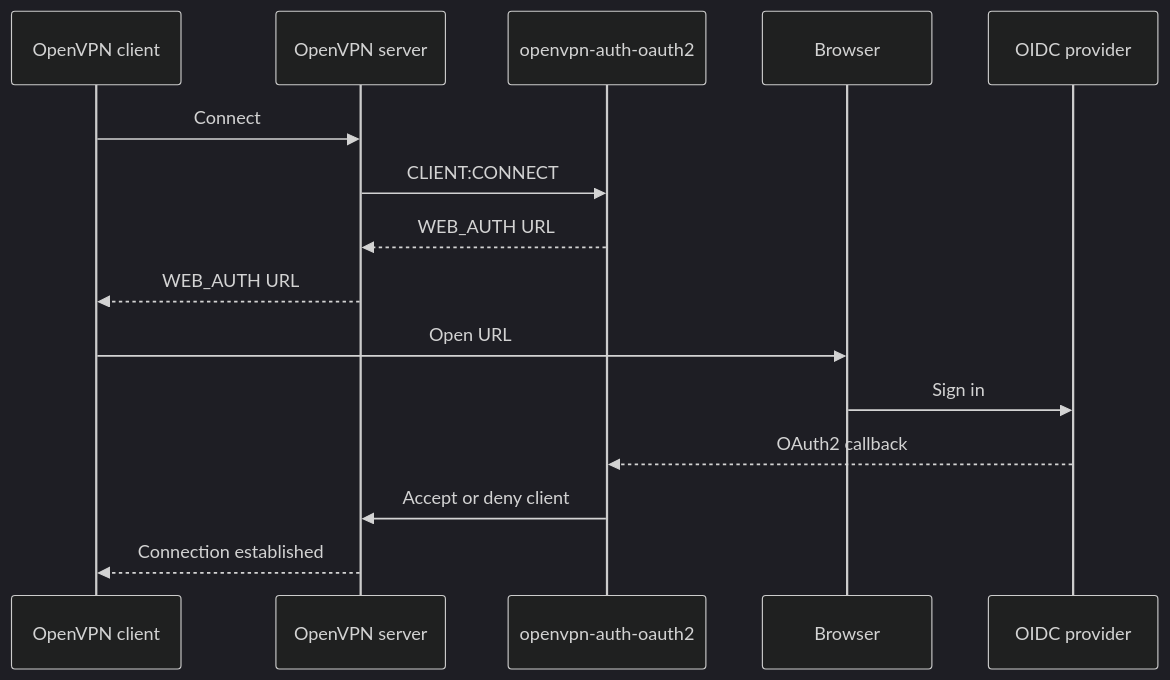
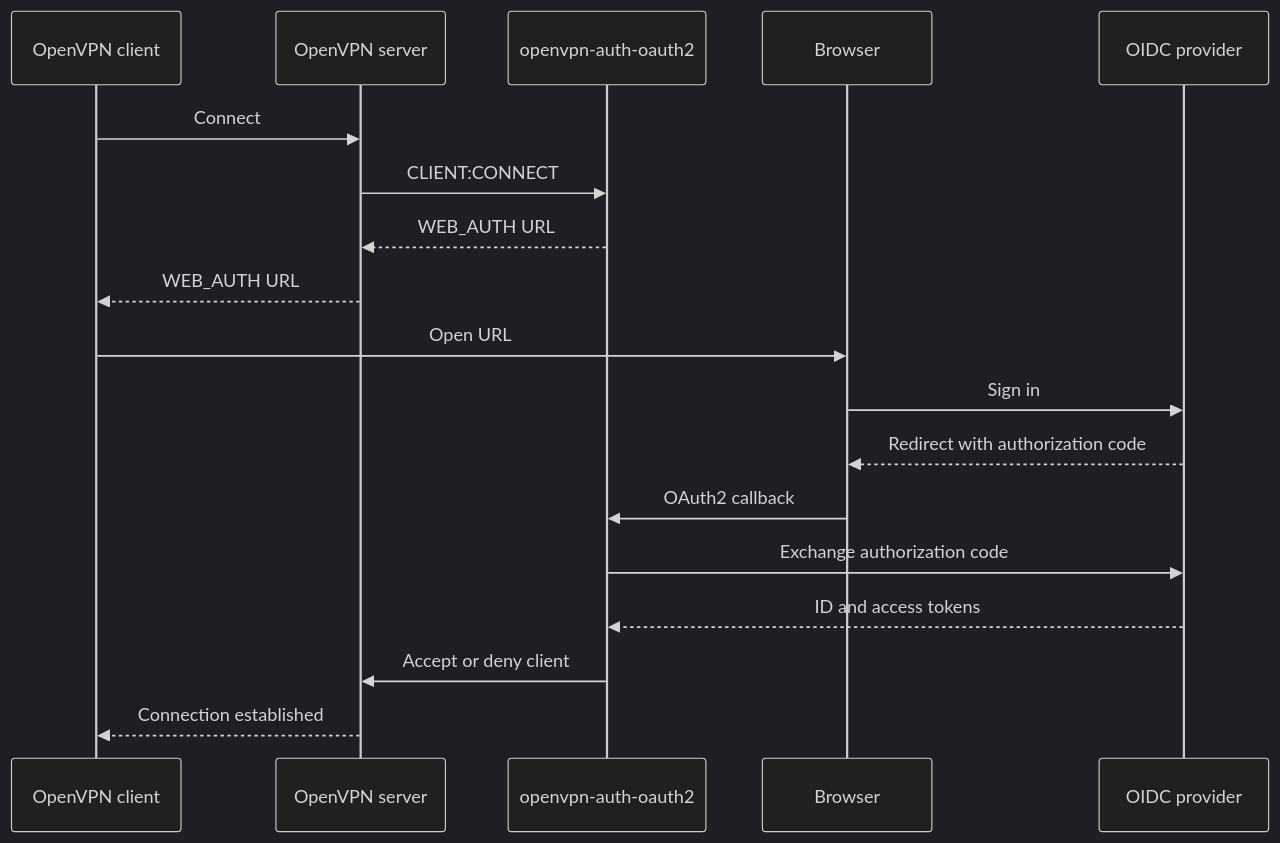
The diagram in docs/Home.md (jkroepke/openvpn-auth-oauth2), drawn with Mermaid (dark theme) before and after one commit.

Commit message:
docs: extend OIDC authentication flow

````diff
--- a/docs/Home.md
+++ b/docs/Home.md
@@ -62,18 +62,21 @@
 ```mermaid
 sequenceDiagram
     participant Client as OpenVPN client
     participant Server as OpenVPN server
     participant Auth as openvpn-auth-oauth2
     participant Browser
     participant IdP as OIDC provider
 
     Client->>Server: Connect
     Server->>Auth: CLIENT:CONNECT
     Auth-->>Server: WEB_AUTH URL
     Server-->>Client: WEB_AUTH URL
     Client->>Browser: Open URL
     Browser->>IdP: Sign in
-    IdP-->>Auth: OAuth2 callback
+    IdP-->>Browser: Redirect with authorization code
+    Browser->>Auth: OAuth2 callback
+    Auth->>IdP: Exchange authorization code
+    IdP-->>Auth: ID and access tokens
     Auth->>Server: Accept or deny client
     Server-->>Client: Connection established
 ```
````
